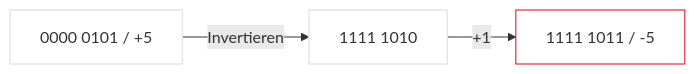
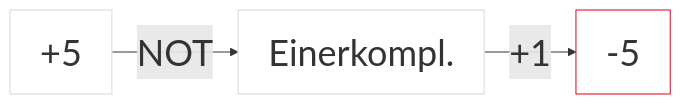
Before and after one commit to dantschi/mct1: diagram 11 of 38 in vorlesungen/01_kickoff.qmd, drawn with Mermaid. The commit also changed other lines of this file and 6 other files, not shown here.

First line of the commit message:
Behebe Mermaid-Lesbarkeit und Folien-Overflow im Kickoff.

````diff
--- a/vorlesungen/01_kickoff.qmd
+++ b/vorlesungen/01_kickoff.qmd
@@ -540,8 +538,8 @@
 ```{mermaid}
+%%{init: {'themeVariables': {'fontSize': '36px', 'fontFamily': 'Inter, sans-serif'}}}%%
 graph LR
-  A["0000 0101 / +5"] -->|Invertieren| B["1111 1010"]
-  B -->|"+1"| C["1111 1011 / -5"]
+  A["+5"] -->|NOT| B[Einerkompl.] -->|+1| C["-5"]
   style C fill:#FFFFFF,stroke:#E2001A,stroke-width:2px !important
   style A fill:#FFFFFF,stroke:#E5E5EA,stroke-width:1.5px
   style B fill:#FFFFFF,stroke:#E5E5EA,stroke-width:1.5px
 ```
````
